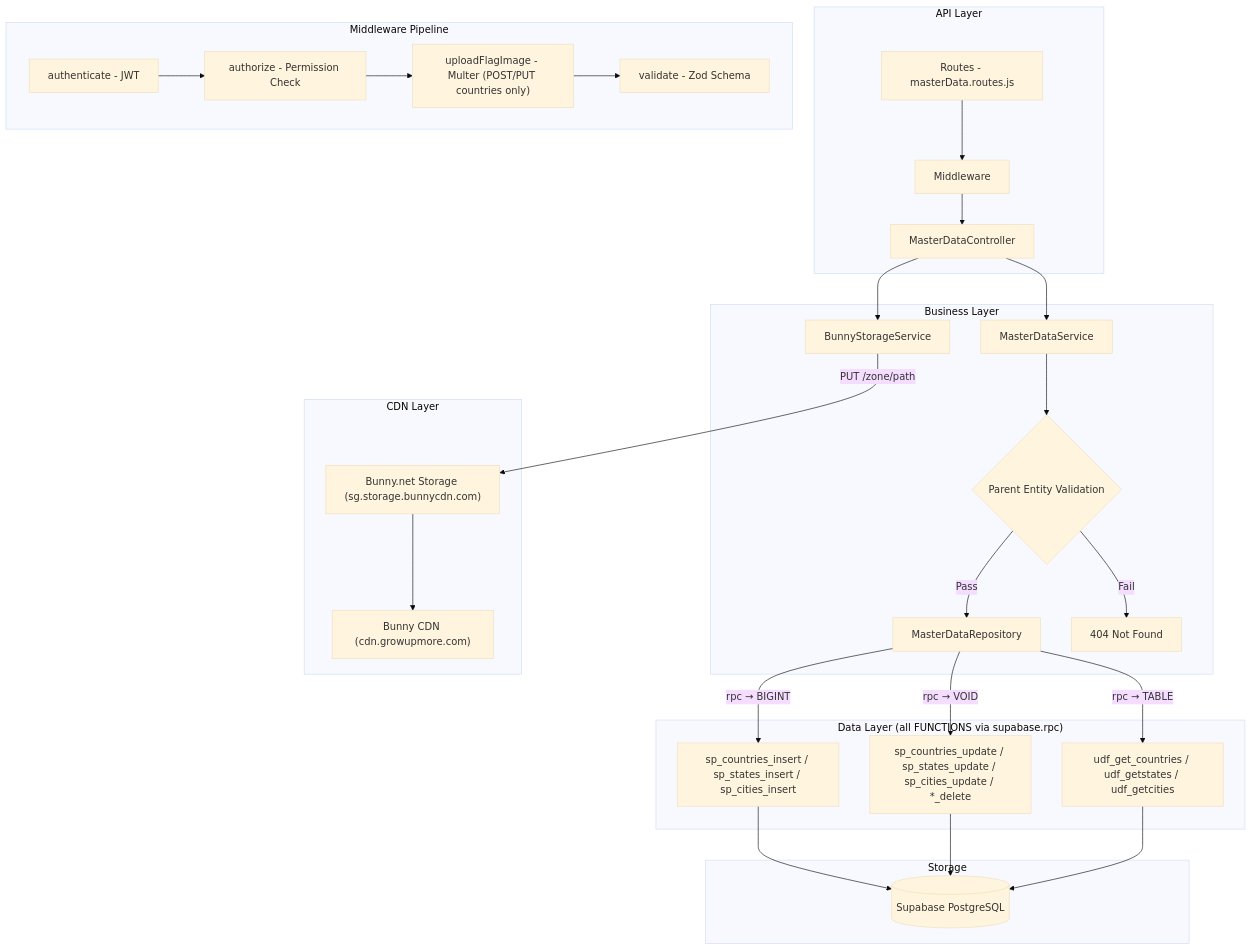
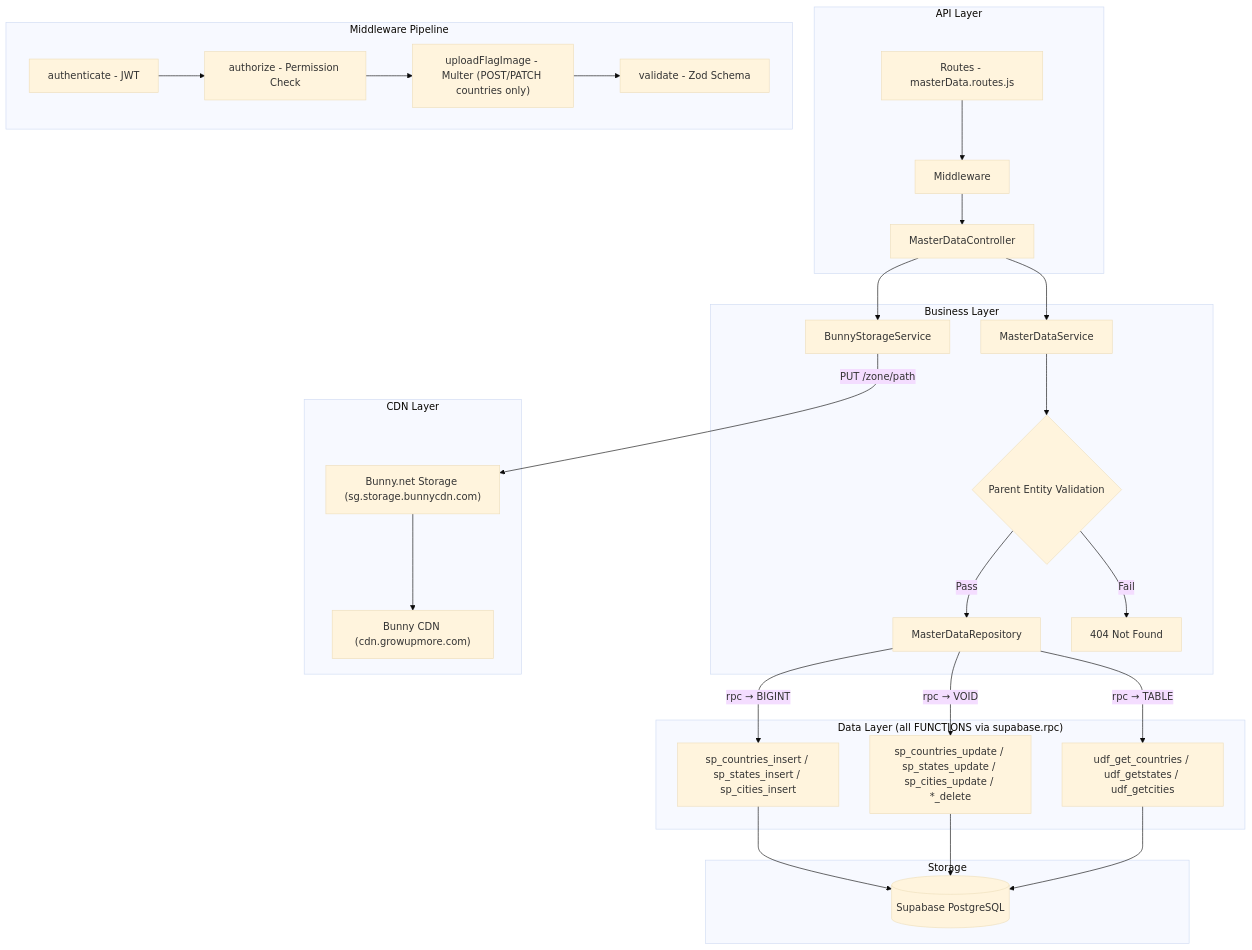
The first of 2 diagrams in docs/v1/3_master-data-api-postman-guide.md (girishinindia/growupmore_api), drawn with Mermaid (base theme) before and after one commit. The commit also changed other lines of this file and 17 other files, not shown here.

Commit message:
put to patch

````diff
--- a/docs/v1/3_master-data-api-postman-guide.md
+++ b/docs/v1/3_master-data-api-postman-guide.md
@@ -14,34 +14,34 @@
 ```mermaid
 graph TB
     subgraph "API Layer"
         R[Routes - masterData.routes.js] --> M[Middleware]
         M --> C[MasterDataController]
     end
     subgraph "Middleware Pipeline"
         M1[authenticate - JWT] --> M2[authorize - Permission Check]
-        M2 --> M3["uploadFlagImage - Multer (POST/PUT countries only)"]
+        M2 --> M3["uploadFlagImage - Multer (POST/PATCH countries only)"]
         M3 --> M4[validate - Zod Schema]
     end
     subgraph "Business Layer"
         C --> BS[BunnyStorageService]
         C --> S[MasterDataService]
         S --> V{Parent Entity Validation}
         V -->|Pass| REPO
         V -->|Fail| ERR[404 Not Found]
     end
     subgraph "CDN Layer"
         BS -->|"PUT /zone/path"| BUNNY["Bunny.net Storage (sg.storage.bunnycdn.com)"]
         BUNNY --> CDN["Bunny CDN (cdn.growupmore.com)"]
     end
     subgraph "Data Layer (all FUNCTIONS via supabase.rpc)"
         REPO[MasterDataRepository]
         REPO -->|"rpc → BIGINT"| SP1["sp_countries_insert / sp_states_insert / sp_cities_insert"]
         REPO -->|"rpc → VOID"| SP2["sp_countries_update / sp_states_update / sp_cities_update / *_delete"]
         REPO -->|"rpc → TABLE"| UDF["udf_get_countries / udf_getstates / udf_getcities"]
     end
     subgraph "Storage"
         SP1 --> DB[(Supabase PostgreSQL)]
         SP2 --> DB
         UDF --> DB
     end
 ```
````
